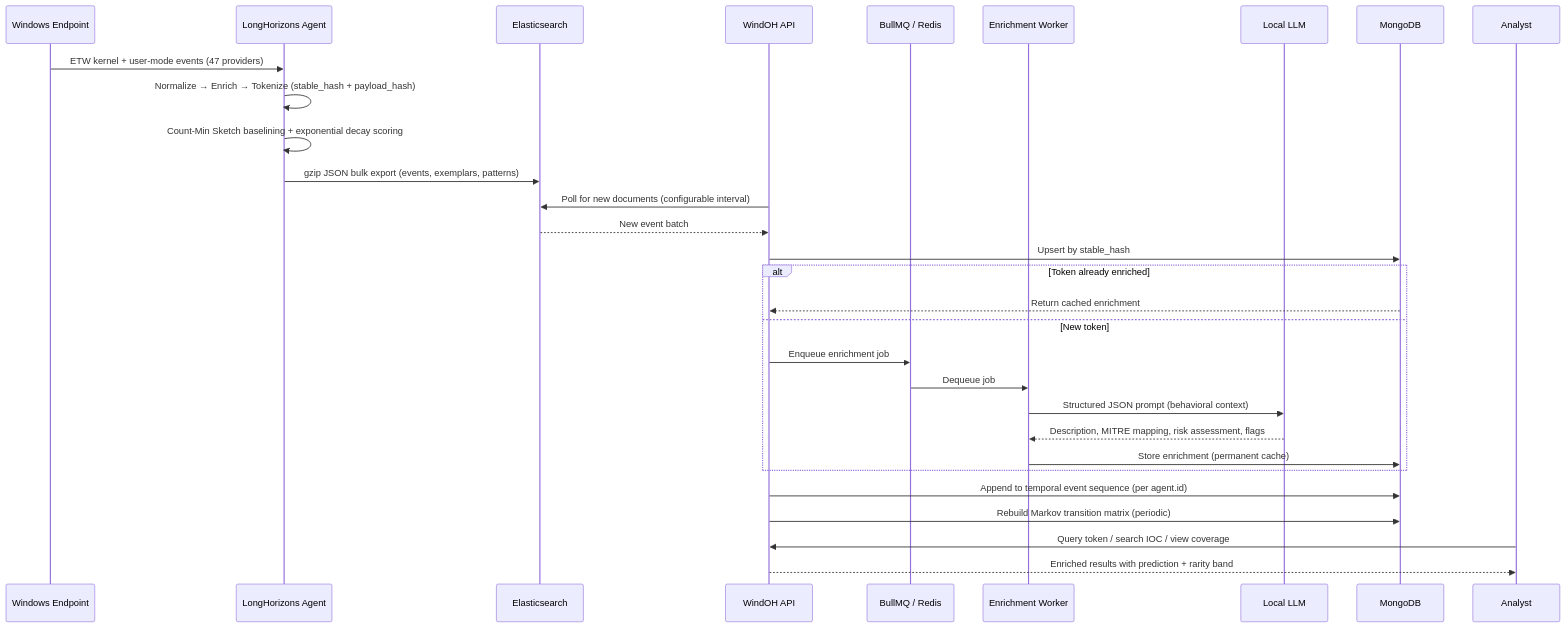
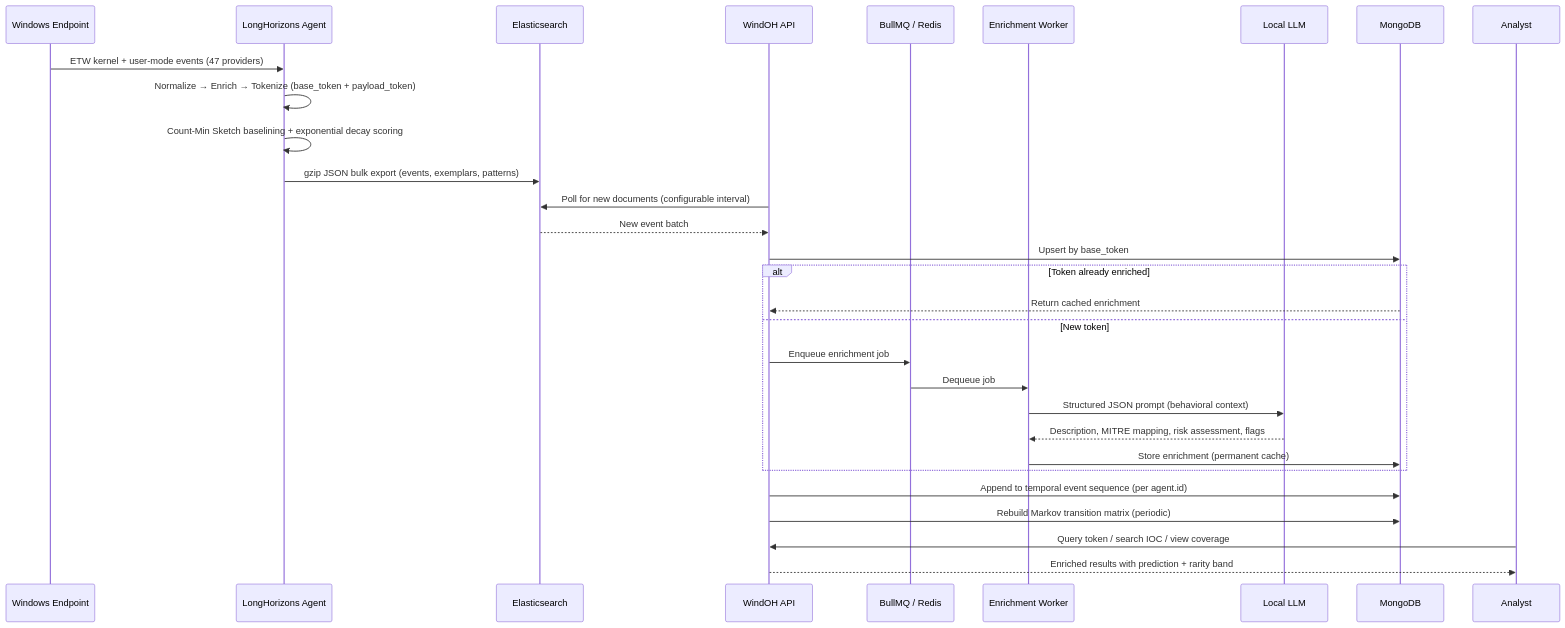
The third of 4 diagrams in README.md (LongHorizons/WindOH), drawn with Mermaid before and after one commit. The commit also changed other lines of this file and 17 other files, not shown here.

First line of the commit message:
Rename stable_hash/stableHash -> base_token/baseToken across all documentation

````diff
--- a/README.md
+++ b/README.md
@@ -107,37 +107,37 @@
 ```mermaid
 sequenceDiagram
     participant EP as Windows Endpoint
     participant LH as LongHorizons Agent
     participant ES as Elasticsearch
     participant API as WindOH API
     participant Q as BullMQ / Redis
     participant W as Enrichment Worker
     participant LLM as Local LLM
     participant DB as MongoDB
     participant AN as Analyst
 
     EP->>LH: ETW kernel + user-mode events (47 providers)
-    LH->>LH: Normalize → Enrich → Tokenize (stable_hash + payload_hash)
+    LH->>LH: Normalize → Enrich → Tokenize (base_token + payload_token)
     LH->>LH: Count-Min Sketch baselining + exponential decay scoring
     LH->>ES: gzip JSON bulk export (events, exemplars, patterns)
     
     API->>ES: Poll for new documents (configurable interval)
     ES-->>API: New event batch
     
-    API->>DB: Upsert by stable_hash
+    API->>DB: Upsert by base_token
     alt Token already enriched
         DB-->>API: Return cached enrichment
     else New token
         API->>Q: Enqueue enrichment job
         Q->>W: Dequeue job
         W->>LLM: Structured JSON prompt (behavioral context)
         LLM-->>W: Description, MITRE mapping, risk assessment, flags
         W->>DB: Store enrichment (permanent cache)
     end
     
     API->>DB: Append to temporal event sequence (per agent.id)
     API->>DB: Rebuild Markov transition matrix (periodic)
     
     AN->>API: Query token / search IOC / view coverage
     API-->>AN: Enriched results with prediction + rarity band
 ```
````
